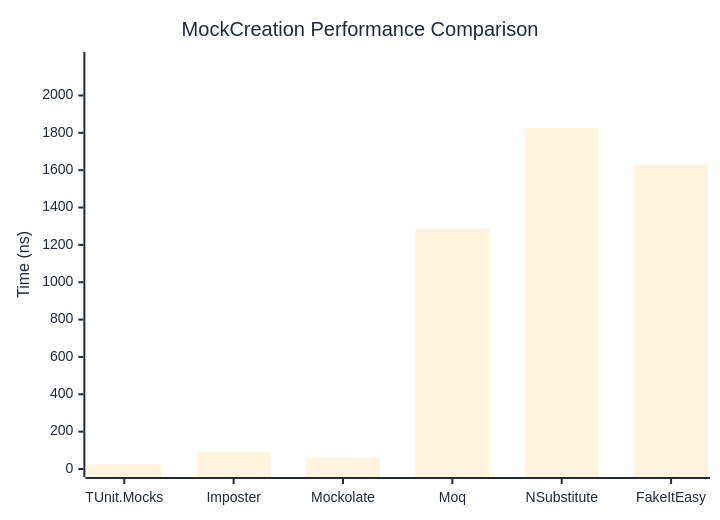
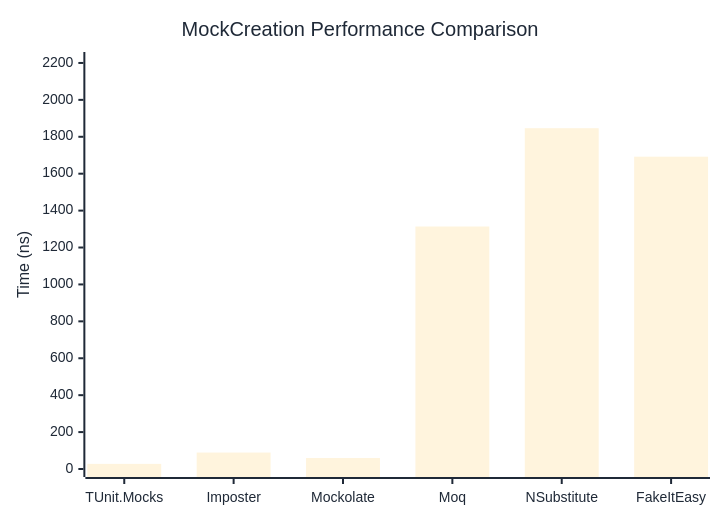
One commit to weiyilai/TUnit changed the first of 2 diagrams in docs/docs/benchmarks/mocks/MockCreation.md. Above: the diagram before and after it, drawn with Mermaid. The commit also changed other lines of this file and 14 other files, not shown here.

````diff
--- a/docs/docs/benchmarks/mocks/MockCreation.md
+++ b/docs/docs/benchmarks/mocks/MockCreation.md
@@ -28,27 +28,27 @@
 ```mermaid
 %%{init: {
   'theme':'base',
   'themeVariables': {
     'primaryColor': '#2563eb',
     'primaryTextColor': '#1f2937',
     'primaryBorderColor': '#1e40af',
     'lineColor': '#6b7280',
     'secondaryColor': '#7c3aed',
     'tertiaryColor': '#dc2626',
     'background': '#ffffff',
     'pie1': '#2563eb',
     'pie2': '#7c3aed',
     'pie3': '#dc2626',
     'pie4': '#f59e0b',
     'pie5': '#10b981',
     'pie6': '#06b6d4',
     'pie7': '#ec4899',
     'pie8': '#6366f1'
   }
 }}%%
 xychart-beta
   title "MockCreation Performance Comparison"
   x-axis ["TUnit.Mocks", "Imposter", "Mockolate", "Moq", "NSubstitute", "FakeItEasy"]
-  y-axis "Time (ns)" 0 --> 2190
-  bar [24.47, 90.86, 60.7, 1285.59, 1824.3, 1628.74]
+  y-axis "Time (ns)" 0 --> 2216
+  bar [27.84, 89.08, 59.71, 1313.8, 1846.47, 1692.18]
 ```
````
